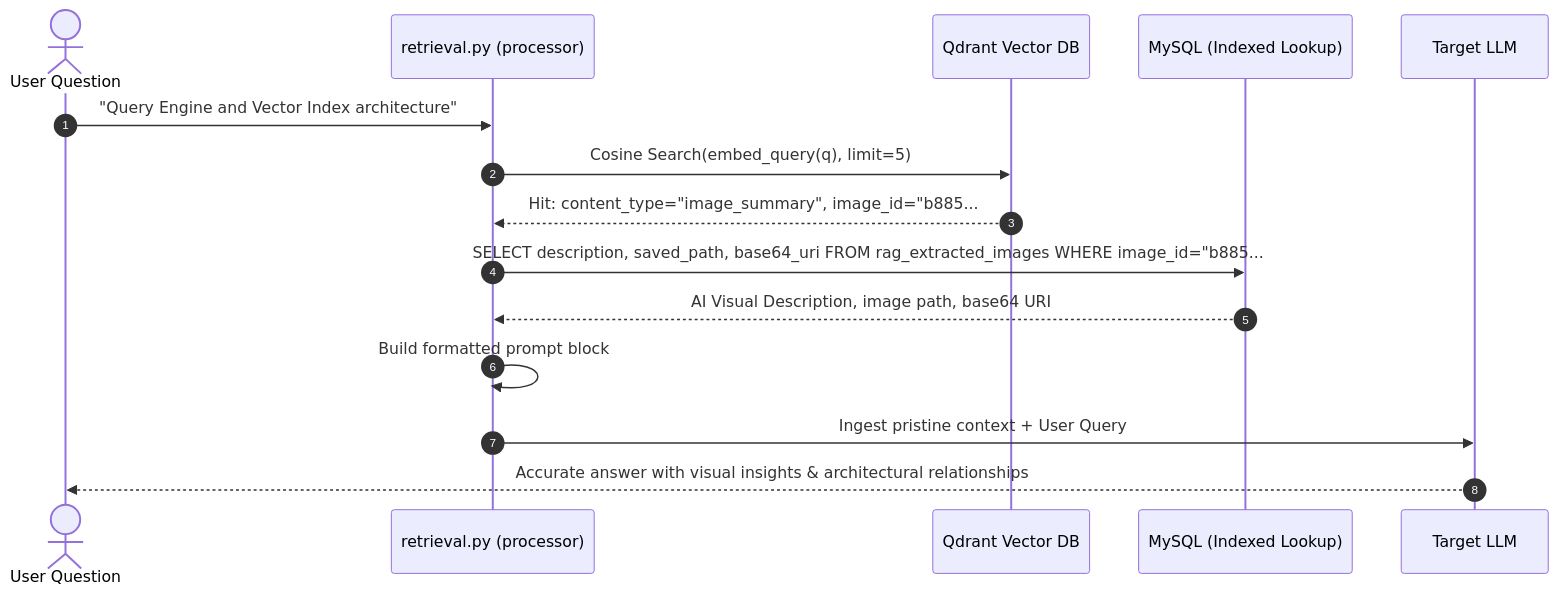
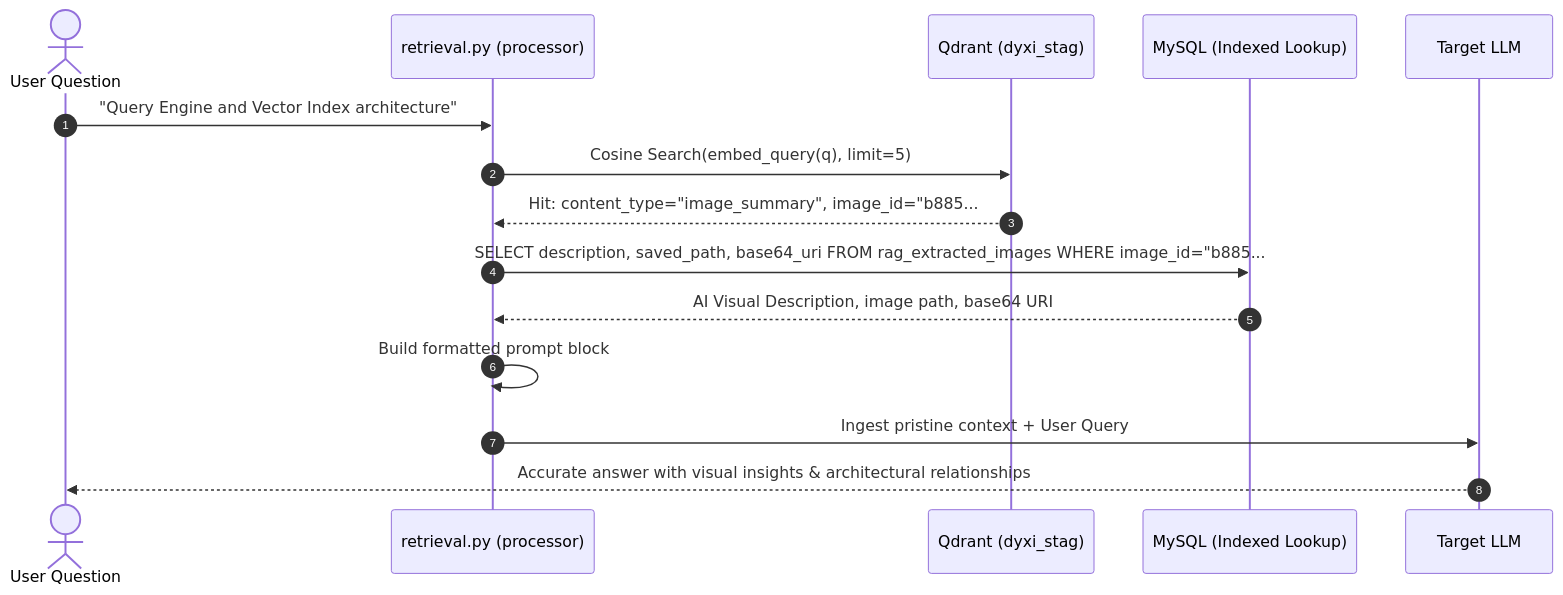
Before and after one commit to swoopfx/rag_dyxi1: the diagram in docs/TRACEABILITY_AND_QUERY_RETRIEVAL.md, drawn with Mermaid. The commit also changed other lines of this file and 12 other files, not shown here.

````diff
--- a/docs/TRACEABILITY_AND_QUERY_RETRIEVAL.md
+++ b/docs/TRACEABILITY_AND_QUERY_RETRIEVAL.md
@@ -13,18 +13,18 @@
 ```mermaid
 sequenceDiagram
     autonumber
     actor User as User Question
     participant Ret as retrieval.py (processor)
-    participant Qd as Qdrant Vector DB
+    participant Qd as Qdrant (dyxi_stag)
     participant My as MySQL (Indexed Lookup)
     participant LLM as Target LLM
 
     User->>Ret: "Query Engine and Vector Index architecture"
     Ret->>Qd: Cosine Search(embed_query(q), limit=5)
     Qd-->>Ret: Hit: content_type="image_summary", image_id="b885...#image_000", score=0.8044
     Ret->>My: SELECT description, saved_path, base64_uri FROM rag_extracted_images WHERE image_id="b885...#image_000"
     My-->>Ret: AI Visual Description, image path, base64 URI
     Ret->>Ret: Build formatted prompt block ### [IMAGE ELEMENT] ...
     Ret->>LLM: Ingest pristine context + User Query
     LLM-->>User: Accurate answer with visual insights & architectural relationships
 ```
````
